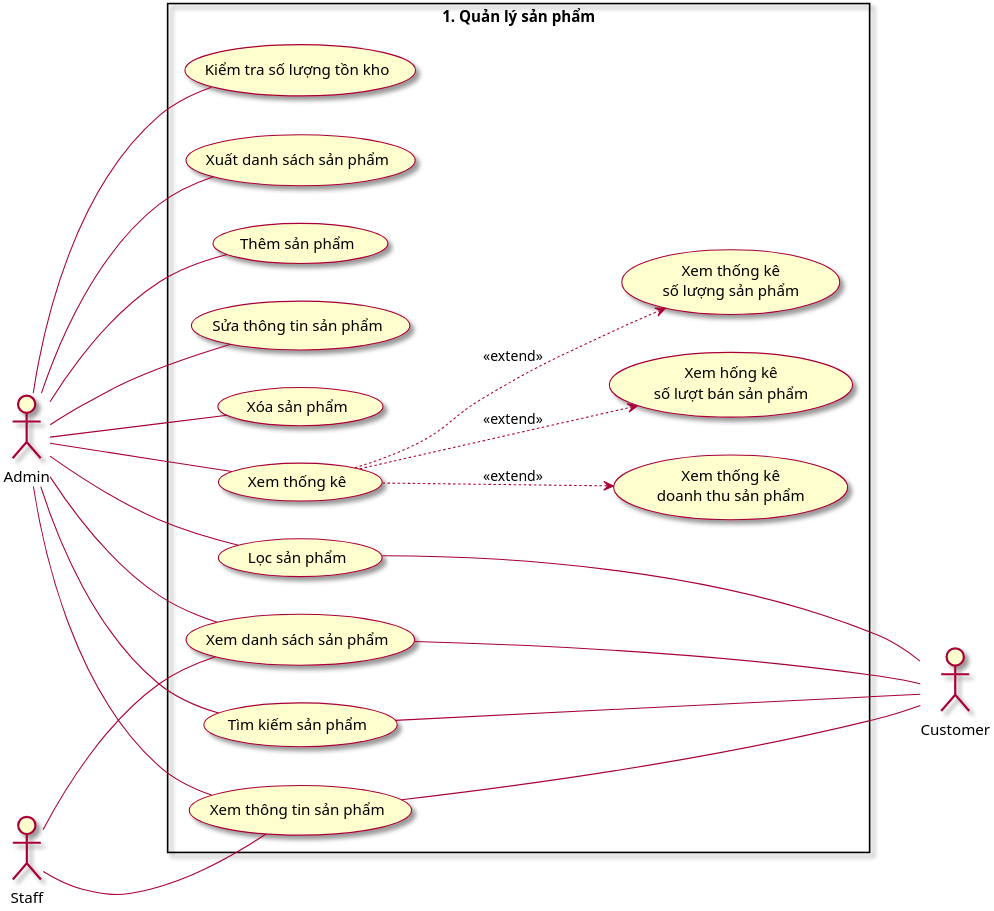
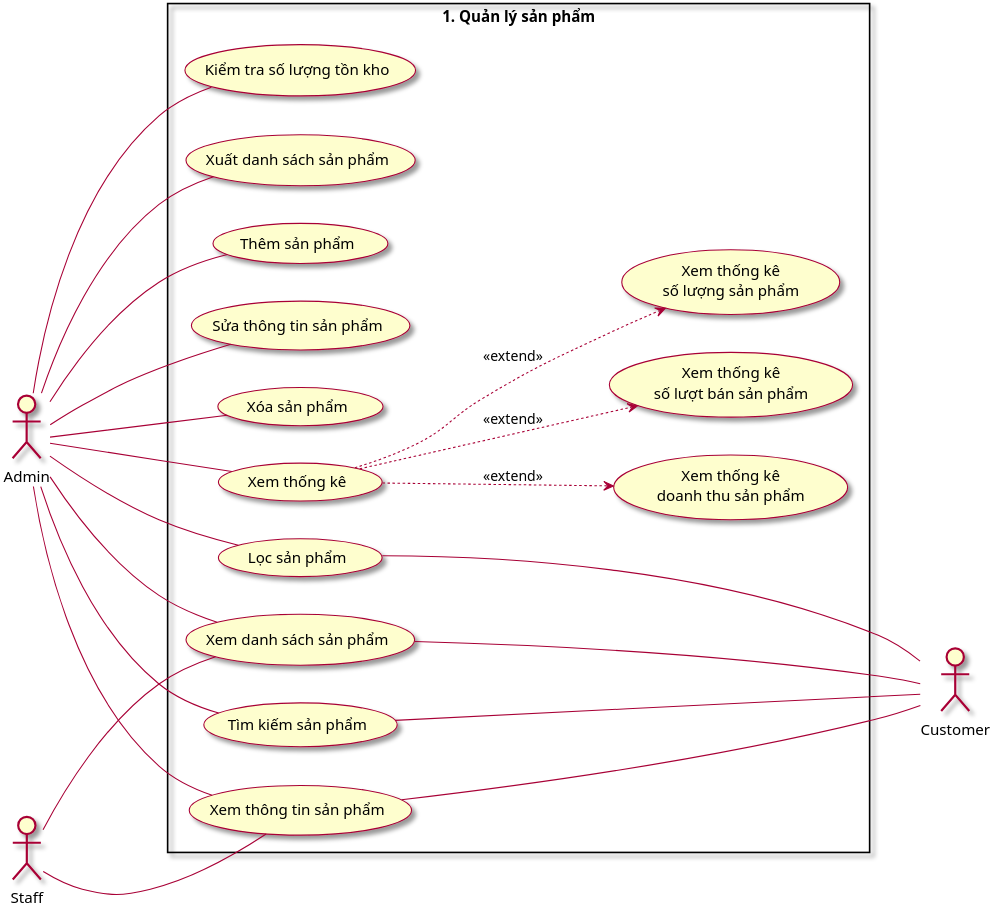
The diagram in Usecase/1. ManageProduct.puml (Marowota/ecommerce-plantuml), drawn with PlantUML before and after one commit.

```diff
--- a/Usecase/1. ManageProduct.puml
+++ b/Usecase/1. ManageProduct.puml
@@ -1,50 +1,50 @@
 @startuml ManageProduct
 
 left to right direction
 scale 3
 skin rose
 
 actor Admin as admin
 actor Customer as customer
 actor Staff as staff
 
 rectangle "1. Quản lý sản phẩm" {
     usecase (Thêm sản phẩm) as tsp
     usecase (Xem danh sách sản phẩm) as xdssp
     usecase (Xem thông tin sản phẩm) as xttsp
     usecase (Sửa thông tin sản phẩm) as sttsp
     usecase (Xóa sản phẩm) as xosp
     usecase (Lọc sản phẩm) as lsp
     usecase (Tìm kiếm sản phẩm) as tksp
     usecase (Xem thống kê) as xtk
     usecase (Kiểm tra số lượng tồn kho) as ktsltk
     usecase (Xuất danh sách sản phẩm) as xudssp
     usecase (Xem thống kê\nsố lượng sản phẩm) as xtkslsp
     usecase (Xem thống kê\ndoanh thu sản phẩm) as xtkdtsp
-    usecase (Xem hống kê\nsố lượt bán sản phẩm) as xtkslbsp
+    usecase (Xem thống kê\nsố lượt bán sản phẩm) as xtkslbsp
 }
 
 admin --- tsp
 admin --- xttsp
 admin --- xosp
 admin --- sttsp
 admin --- lsp
 admin --- tksp
 admin --- xtk
 admin --- ktsltk
 admin --- xudssp
 admin --- xdssp
 
 xttsp ---- customer
 lsp ---- customer
 tksp ---- customer
 xdssp ---- customer
 
 staff --- xdssp
 staff --- xttsp
 
 xtk ...> xtkdtsp : <<extend>>
 xtk ...> xtkslbsp : <<extend>>
 xtk ...> xtkslsp : <<extend>>
 
 @enduml
```
